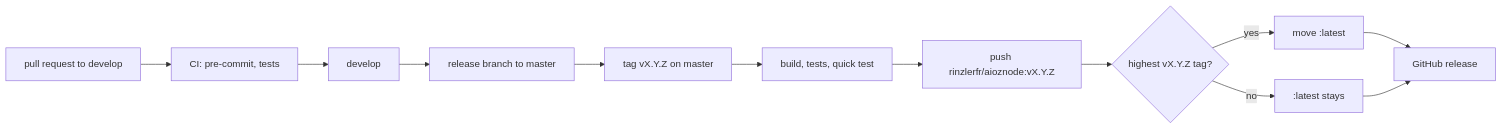
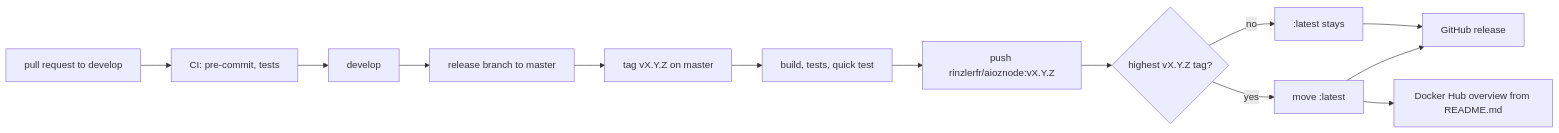
Before and after one commit to Rinzler78/aioz-node-docker: the second of 2 diagrams in docs/architecture.md, drawn with Mermaid. The commit also changed other lines of this file and 5 other files, not shown here.

First line of the commit message:
feat(release): update the Docker Hub overview when latest moves

````diff
--- a/docs/architecture.md
+++ b/docs/architecture.md
@@ -100,14 +100,15 @@
 ```mermaid
 flowchart LR
     pr["pull request to develop"] --> checks["CI: pre-commit, tests"]
     checks --> develop["develop"]
     develop --> release["release branch to master"]
     release --> tag["tag vX.Y.Z on master"]
     tag --> build["build, tests, quick test"]
     build --> push["push rinzlerfr/aioznode:vX.Y.Z"]
     push --> latest{"highest vX.Y.Z tag?"}
     latest -- "yes" --> moveLatest["move :latest"]
     latest -- "no" --> keep[":latest stays"]
     moveLatest --> ghRelease["GitHub release"]
+    moveLatest --> hubOverview["Docker Hub overview from README.md"]
     keep --> ghRelease
 ```
````
